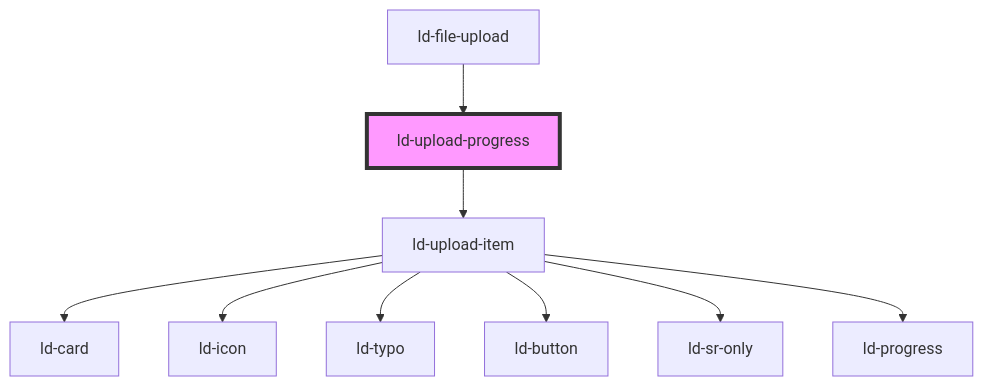
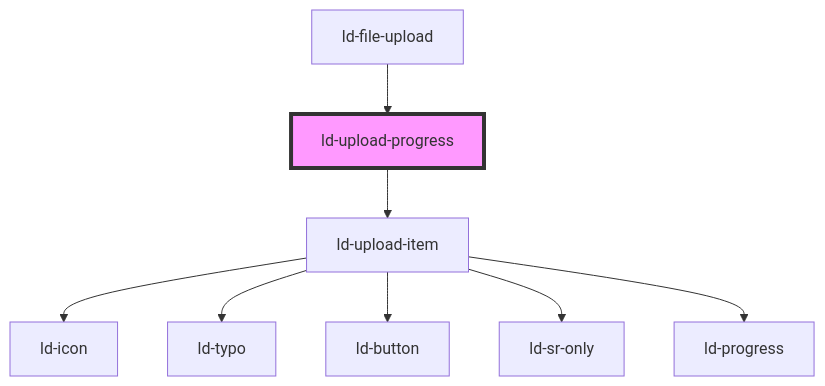
Before and after one commit to emdgroup-liquid/liquid: the diagram in src/liquid/components/ld-file-upload/ld-upload-progress/readme.md, drawn with Mermaid. The commit also changed other lines of this file and 26 other files, not shown here.

````diff
--- a/src/liquid/components/ld-file-upload/ld-upload-progress/readme.md
+++ b/src/liquid/components/ld-file-upload/ld-upload-progress/readme.md
@@ -69,12 +66,11 @@
 ```mermaid
 graph TD;
   ld-upload-progress --> ld-upload-item
-  ld-upload-item --> ld-card
   ld-upload-item --> ld-icon
   ld-upload-item --> ld-typo
   ld-upload-item --> ld-button
   ld-upload-item --> ld-sr-only
   ld-upload-item --> ld-progress
   ld-file-upload --> ld-upload-progress
   style ld-upload-progress fill:#f9f,stroke:#333,stroke-width:4px
 ```
````
